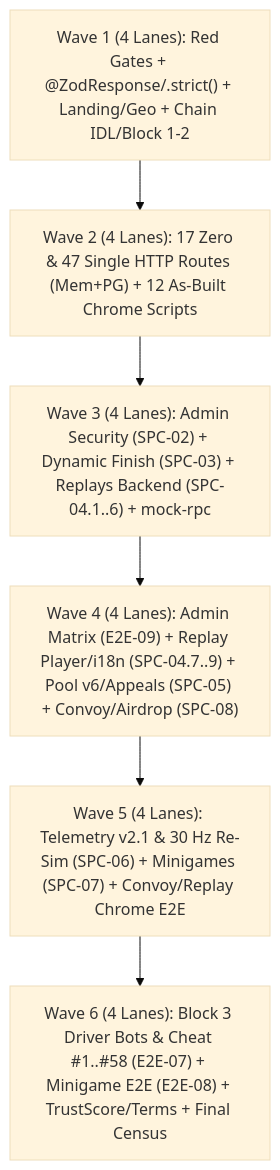
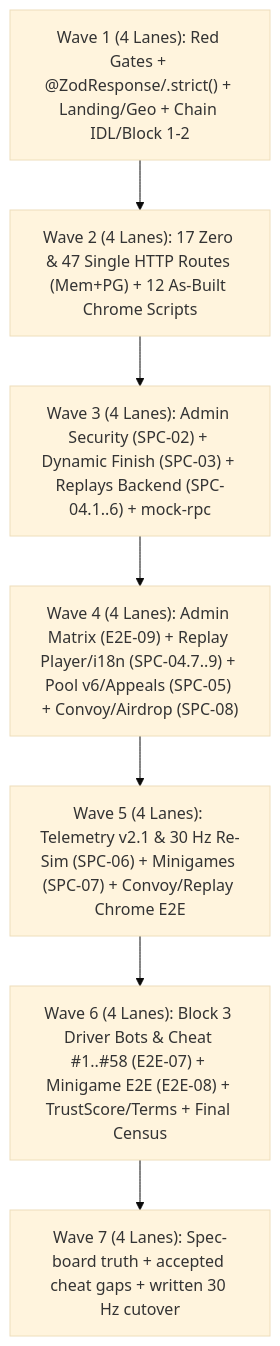
One commit to recferret-bit/freightchain changed the diagram in docs/plan/EXECUTION_ORCHESTRATOR.md. Above: the diagram before and after it, drawn with Mermaid (base theme). The commit also changed other lines of this file and 91 other files, not shown here.

````diff
--- a/docs/plan/EXECUTION_ORCHESTRATOR.md
+++ b/docs/plan/EXECUTION_ORCHESTRATOR.md
@@ -49,8 +50,9 @@
 ```mermaid
 flowchart TD
   W1["Wave 1 (4 Lanes): Red Gates + @ZodResponse/.strict() + Landing/Geo + Chain IDL/Block 1-2"] --> W2["Wave 2 (4 Lanes): 17 Zero & 47 Single HTTP Routes (Mem+PG) + 12 As-Built Chrome Scripts"]
   W2 --> W3["Wave 3 (4 Lanes): Admin Security (SPC-02) + Dynamic Finish (SPC-03) + Replays Backend (SPC-04.1..6) + mock-rpc"]
   W3 --> W4["Wave 4 (4 Lanes): Admin Matrix (E2E-09) + Replay Player/i18n (SPC-04.7..9) + Pool v6/Appeals (SPC-05) + Convoy/Airdrop (SPC-08)"]
   W4 --> W5["Wave 5 (4 Lanes): Telemetry v2.1 & 30 Hz Re-Sim (SPC-06) + Minigames (SPC-07) + Convoy/Replay Chrome E2E"]
   W5 --> W6["Wave 6 (4 Lanes): Block 3 Driver Bots & Cheat #1..#58 (E2E-07) + Minigame E2E (E2E-08) + TrustScore/Terms + Final Census"]
+  W6 --> W7["Wave 7 (4 Lanes): Spec-board truth + accepted cheat gaps + written 30 Hz cutover"]
 ```
````
